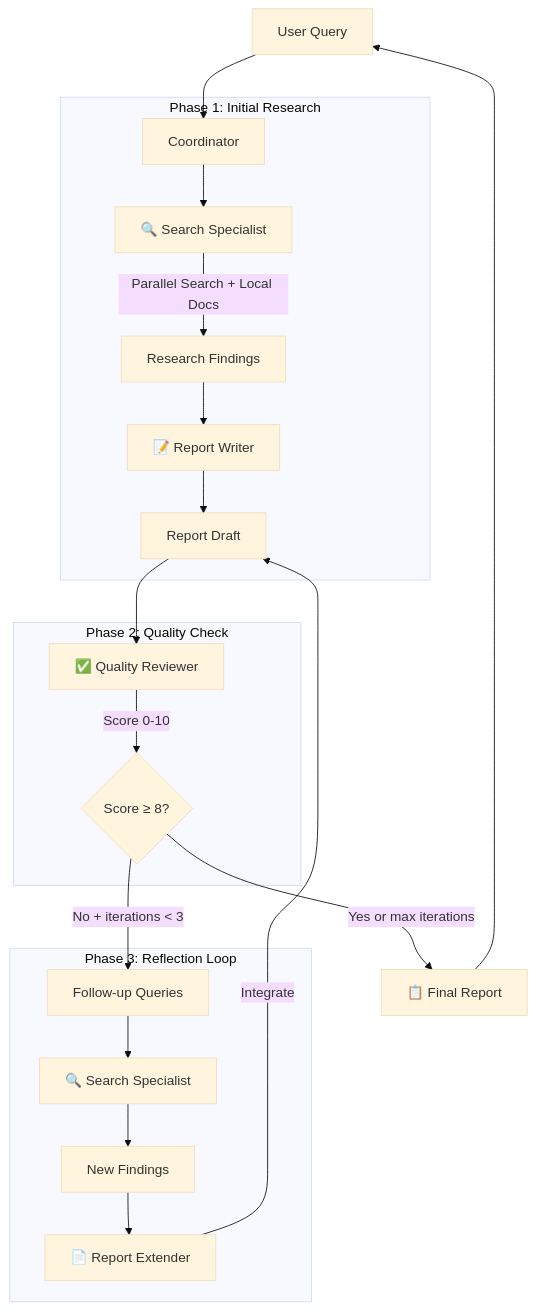
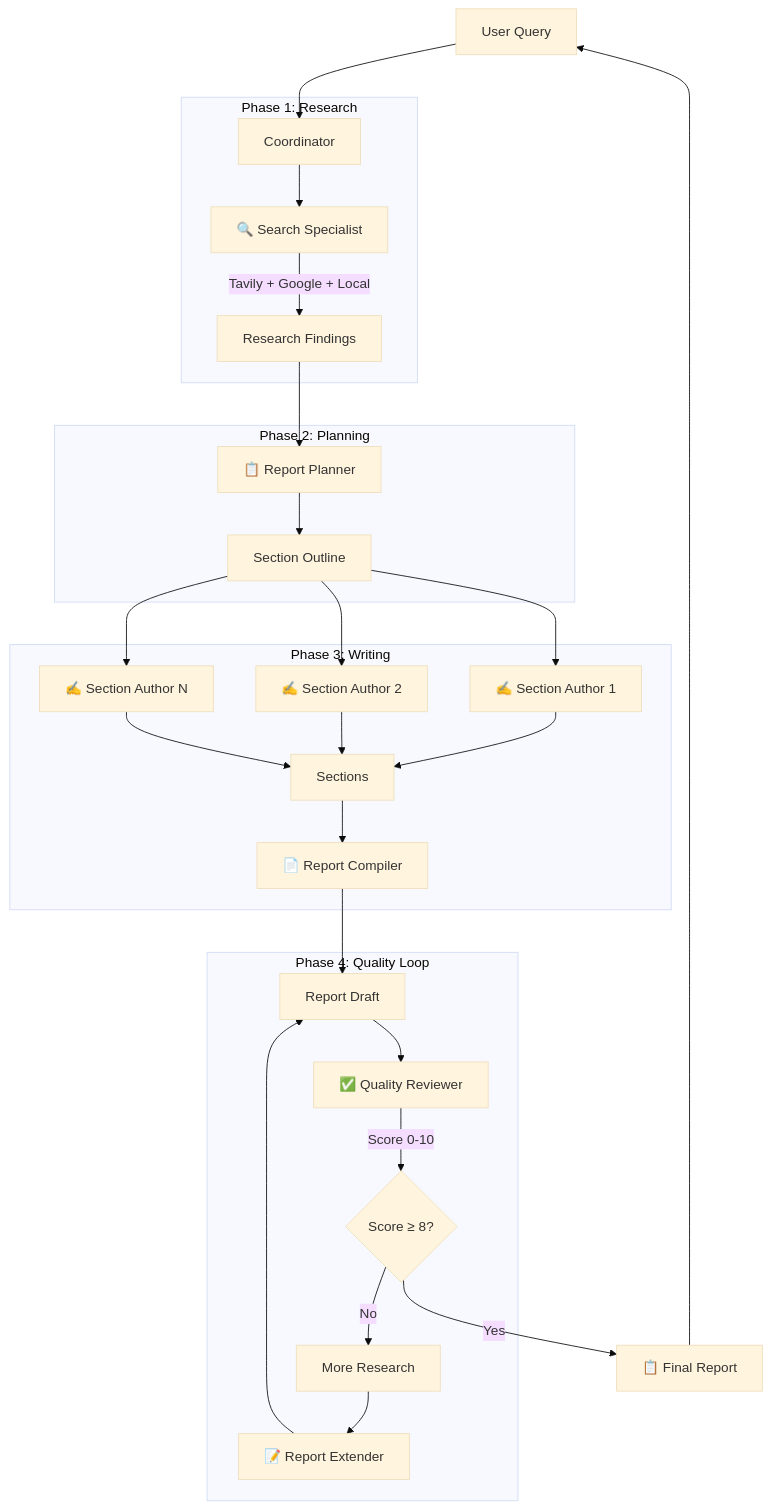
One commit to caser-legal/nvidia-cli changed the first of 5 diagrams in README.md. Above: the diagram before and after it, drawn with Mermaid (base theme). The commit also changed other lines of this file and 5 other files, not shown here.

First line of the commit message:
Add Tavily search, Report Planner, Section Author, and full workshop patterns

````diff
--- a/README.md
+++ b/README.md
@@ -125,27 +109,36 @@
 ```mermaid
 flowchart TD
     User[User Query] --> Coordinator
     
-    subgraph "Phase 1: Initial Research"
+    subgraph "Phase 1: Research"
         Coordinator --> SearchSpecialist[🔍 Search Specialist]
-        SearchSpecialist --> |Parallel Search + Local Docs| Findings[Research Findings]
-        Findings --> ReportWriter[📝 Report Writer]
-        ReportWriter --> Draft[Report Draft]
+        SearchSpecialist --> |Tavily + Google + Local| Findings[Research Findings]
     end
     
-    subgraph "Phase 2: Quality Check"
+    subgraph "Phase 2: Planning"
+        Findings --> ReportPlanner[📋 Report Planner]
+        ReportPlanner --> Outline[Section Outline]
+    end
+    
+    subgraph "Phase 3: Writing"
+        Outline --> SectionAuthor1[✍️ Section Author 1]
+        Outline --> SectionAuthor2[✍️ Section Author 2]
+        Outline --> SectionAuthorN[✍️ Section Author N]
+        SectionAuthor1 --> Sections
+        SectionAuthor2 --> Sections
+        SectionAuthorN --> Sections
+        Sections --> ReportCompiler[📄 Report Compiler]
+    end
+    
+    subgraph "Phase 4: Quality Loop"
+        ReportCompiler --> Draft[Report Draft]
         Draft --> QualityReviewer[✅ Quality Reviewer]
         QualityReviewer --> |Score 0-10| Decision{Score ≥ 8?}
+        Decision --> |No| MoreResearch[More Research]
+        MoreResearch --> ReportExtender[📝 Report Extender]
+        ReportExtender --> Draft
     end
     
-    subgraph "Phase 3: Reflection Loop"
-        Decision --> |No + iterations < 3| FollowUp[Follow-up Queries]
-        FollowUp --> SearchSpecialist2[🔍 Search Specialist]
-        SearchSpecialist2 --> NewFindings[New Findings]
-        NewFindings --> ReportExtender[📄 Report Extender]
-        ReportExtender --> |Integrate| Draft
-    end
-    
-    Decision --> |Yes or max iterations| FinalReport[📋 Final Report]
+    Decision --> |Yes| FinalReport[📋 Final Report]
     FinalReport --> User
 ```
````
